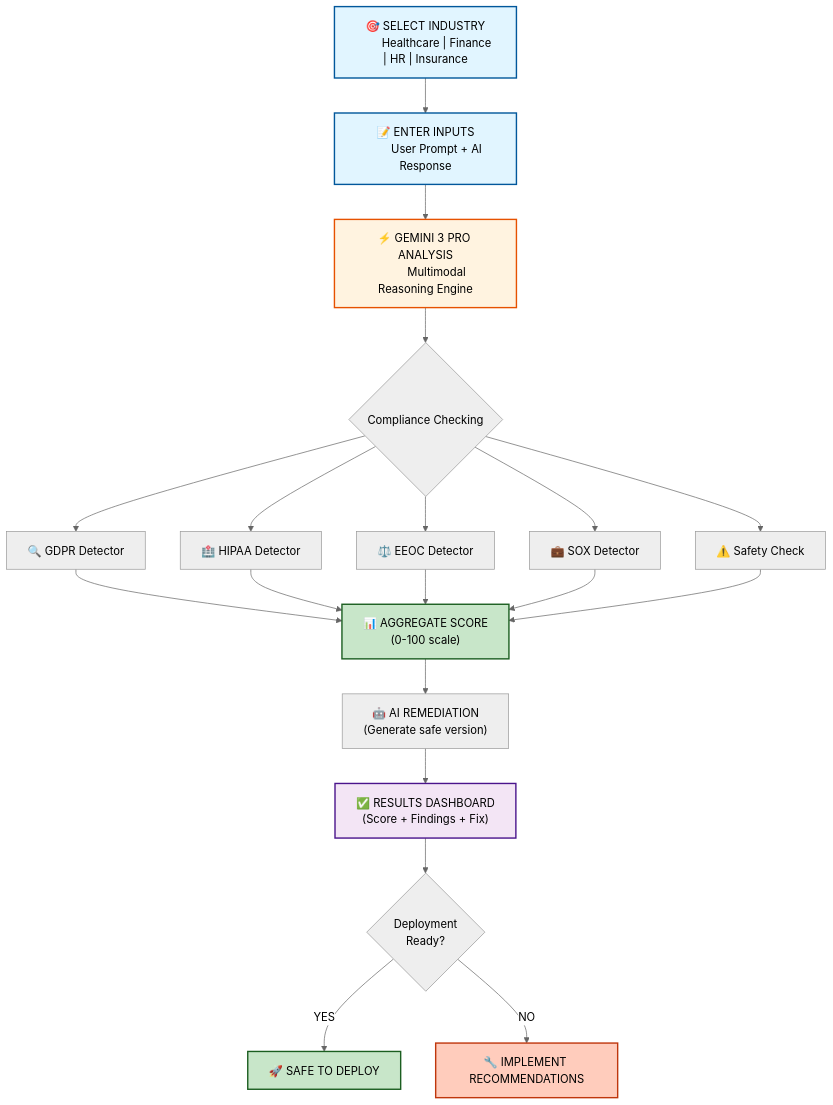
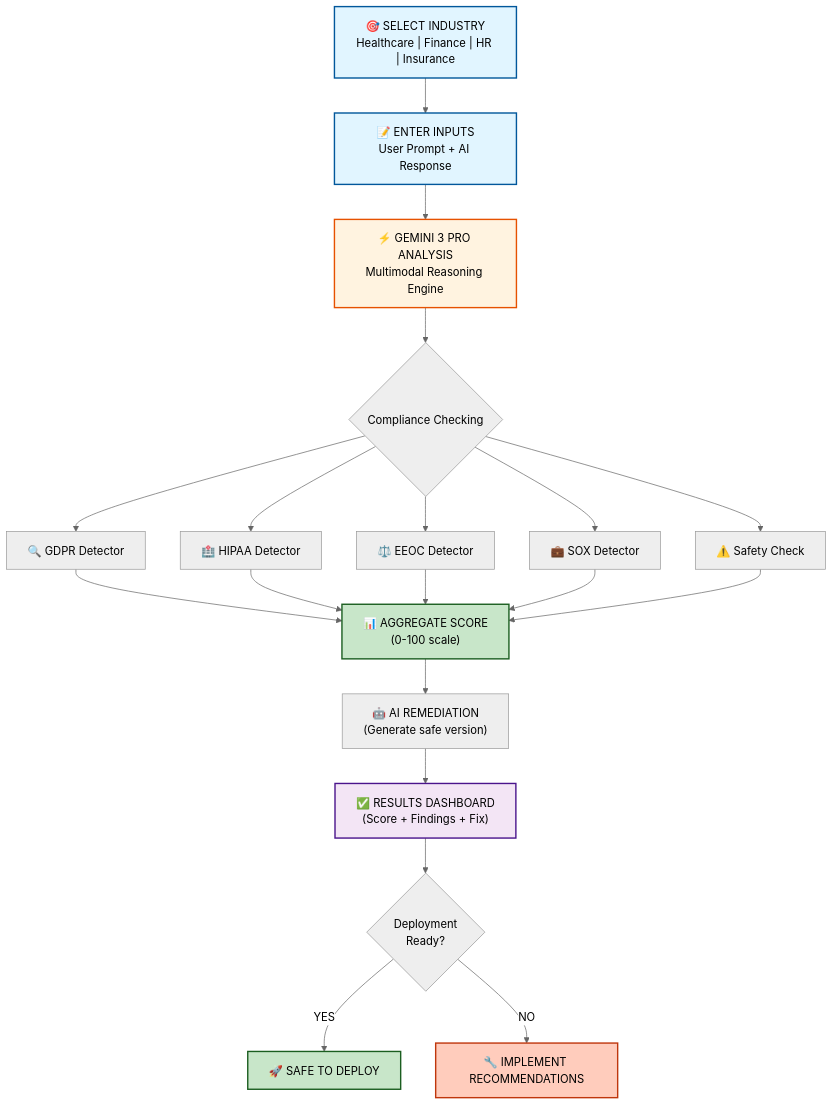
Before and after one commit to ArjunFrancis/ComplyGuard-AI: the first of 3 diagrams in README.md, drawn with Mermaid (neutral theme). The commit also changed other lines of this file, not shown here.

````diff
--- a/README.md
+++ b/README.md
@@ -97,38 +154,29 @@
 ```mermaid
 graph TD
-    A["
-        🎯 SELECT INDUSTRY
-        Healthcare | Finance | HR | Insurance
-    "] --> B["
-        📝 ENTER INPUTS
-        User Prompt + AI Response
-    "] 
-    B --> C["
-        ⚡ GEMINI 3 PRO ANALYSIS
-        Multimodal Reasoning Engine
-    "]
+    A["🎯 SELECT INDUSTRY<br/>Healthcare | Finance | HR | Insurance"] --> B["📝 ENTER INPUTS<br/>User Prompt + AI Response"]
+    B --> C["⚡ GEMINI 3 PRO ANALYSIS<br/>Multimodal Reasoning Engine"]
     C --> D{"Compliance Checking"}
     D --> E["🔍 GDPR Detector"]
     D --> F["🏥 HIPAA Detector"]
     D --> G["⚖️ EEOC Detector"]
     D --> H["💼 SOX Detector"]
     D --> I["⚠️ Safety Check"]
     E --> J["📊 AGGREGATE SCORE<br/>(0-100 scale)"]
     F --> J
     G --> J
     H --> J
     I --> J
     J --> K["🤖 AI REMEDIATION<br/>(Generate safe version)"]
     K --> L["✅ RESULTS DASHBOARD<br/>(Score + Findings + Fix)"]
     L --> M{"Deployment<br/>Ready?"}
     M -->|YES| N["🚀 SAFE TO DEPLOY"]
     M -->|NO| O["🔧 IMPLEMENT RECOMMENDATIONS"]
     
     style A fill:#e1f5ff,stroke:#01579b,stroke-width:2px
     style B fill:#e1f5ff,stroke:#01579b,stroke-width:2px
     style C fill:#fff3e0,stroke:#e65100,stroke-width:2px
     style J fill:#c8e6c9,stroke:#1b5e20,stroke-width:2px
     style L fill:#f3e5f5,stroke:#4a148c,stroke-width:2px
     style N fill:#c8e6c9,stroke:#1b5e20,stroke-width:2px
     style O fill:#ffccbc,stroke:#bf360c,stroke-width:2px
 ```
````
